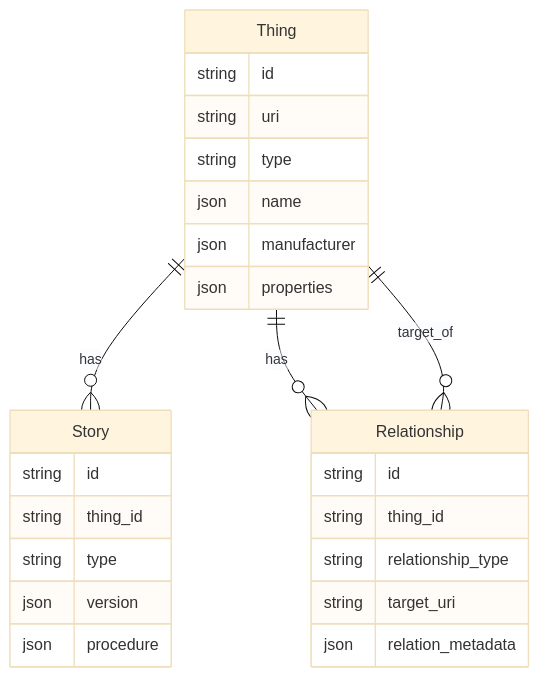
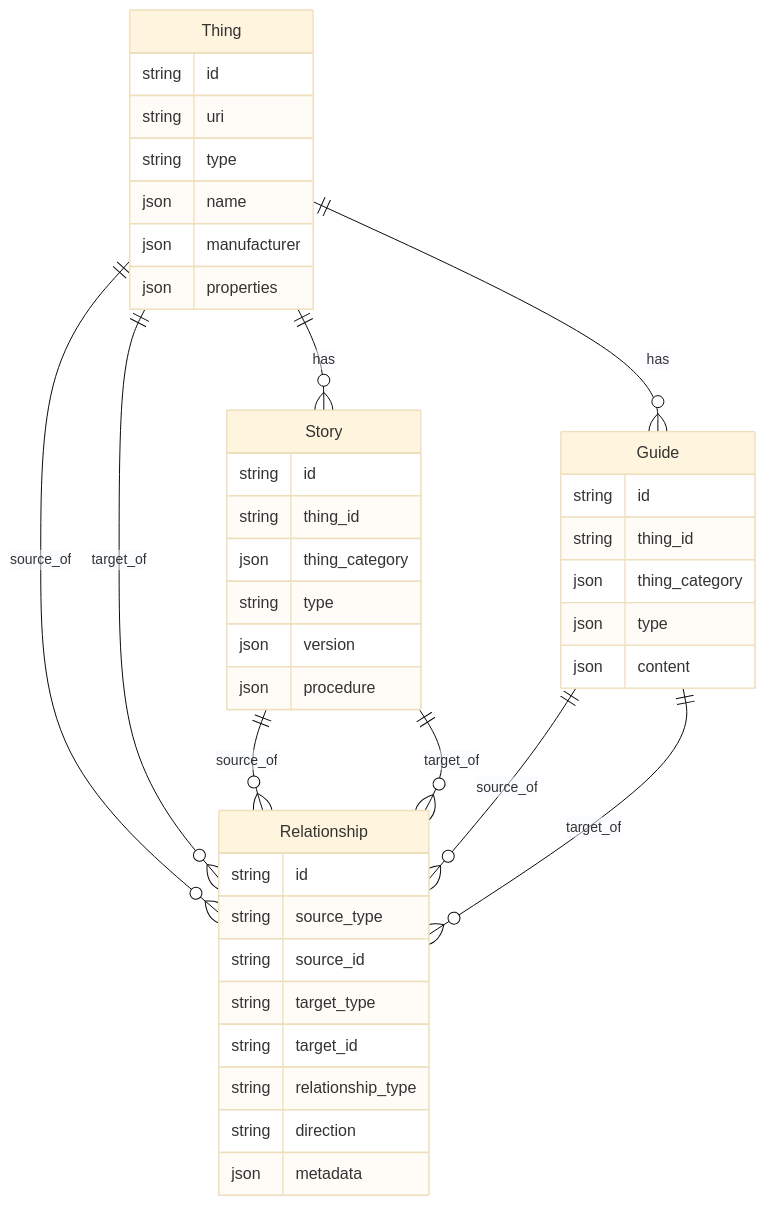
The second of 3 diagrams in docs/workflows.md (reuse-city/thingdata-server), drawn with Mermaid (base theme) before and after one commit. The commit also changed other lines of this file and 13 other files, not shown here.

````diff
--- a/docs/workflows.md
+++ b/docs/workflows.md
@@ -30,31 +22,48 @@
 ```mermaid
 erDiagram
     Thing ||--o{ Story : "has"
-    Thing ||--o{ Relationship : "has"
+    Thing ||--o{ Guide : "has"
+    Thing ||--o{ Relationship : "source_of"
     Thing ||--o{ Relationship : "target_of"
+    Story ||--o{ Relationship : "source_of"
+    Story ||--o{ Relationship : "target_of"
+    Guide ||--o{ Relationship : "source_of"
+    Guide ||--o{ Relationship : "target_of"
     
     Thing {
         string id
         string uri
         string type
         json name
         json manufacturer
         json properties
     }
     
     Story {
         string id
         string thing_id
+        json thing_category
         string type
         json version
         json procedure
     }
     
+    Guide {
+        string id
+        string thing_id
+        json thing_category
+        json type
+        json content
+    }
+    
     Relationship {
         string id
-        string thing_id
+        string source_type
+        string source_id
+        string target_type
+        string target_id
         string relationship_type
-        string target_uri
-        json relation_metadata
+        string direction
+        json metadata
     }
 ```
````
